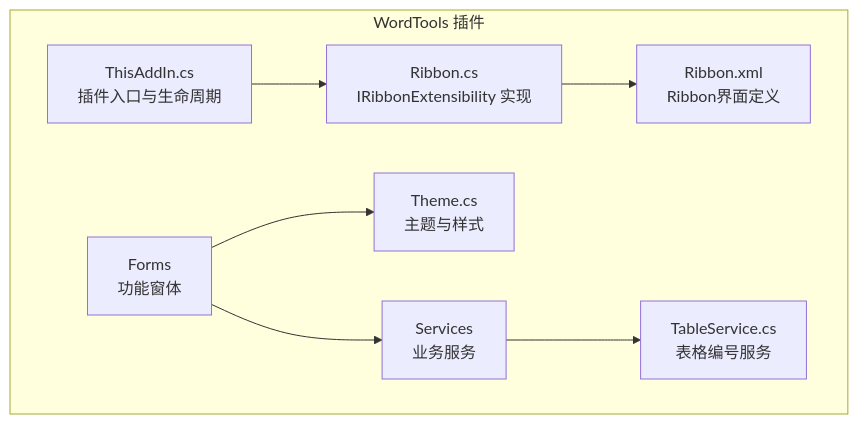
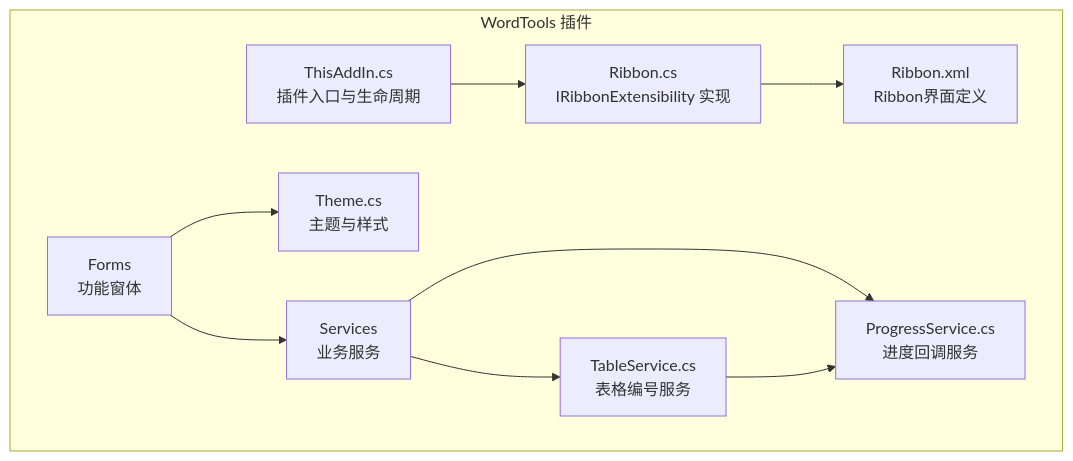
One commit to rainiva/WordTools changed the first of 13 diagrams in .qoder/repowiki/zh/content/架构设计/Ribbon界面系统.md. Above: the diagram before and after it, drawn with Mermaid. The commit also changed other lines of this file and 5 other files, not shown here.

````diff
--- a/.qoder/repowiki/zh/content/架构设计/Ribbon界面系统.md
+++ b/.qoder/repowiki/zh/content/架构设计/Ribbon界面系统.md
@@ -52,17 +52,20 @@
 ```mermaid
 graph TB
 subgraph "WordTools 插件"
 A["ThisAddIn.cs<br/>插件入口与生命周期"]
 B["Ribbon.cs<br/>IRibbonExtensibility 实现"]
 C["Ribbon.xml<br/>Ribbon界面定义"]
 D["Theme.cs<br/>主题与样式"]
 E["Forms<br/>功能窗体"]
 F["Services<br/>业务服务"]
 G["TableService.cs<br/>表格编号服务"]
+H["ProgressService.cs<br/>进度回调服务"]
 end
 A --> B
 B --> C
 E --> D
 E --> F
 F --> G
+F --> H
+G --> H
 ```
````
